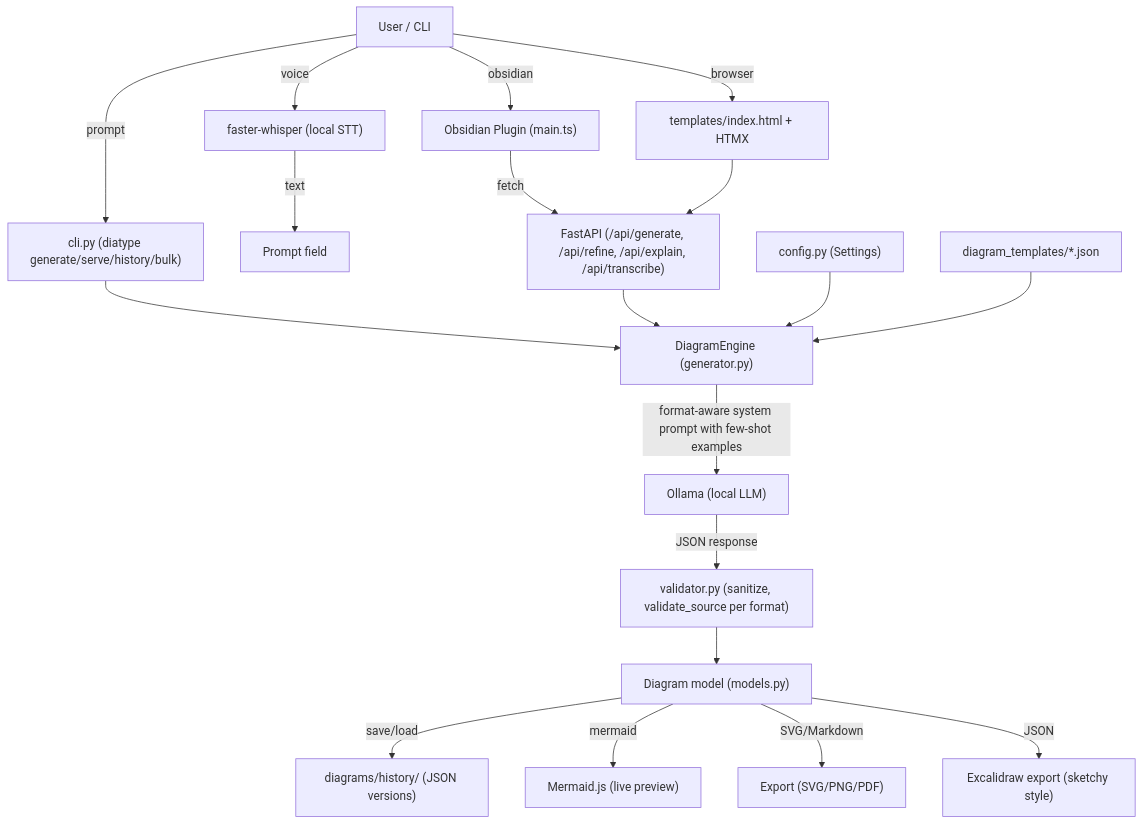
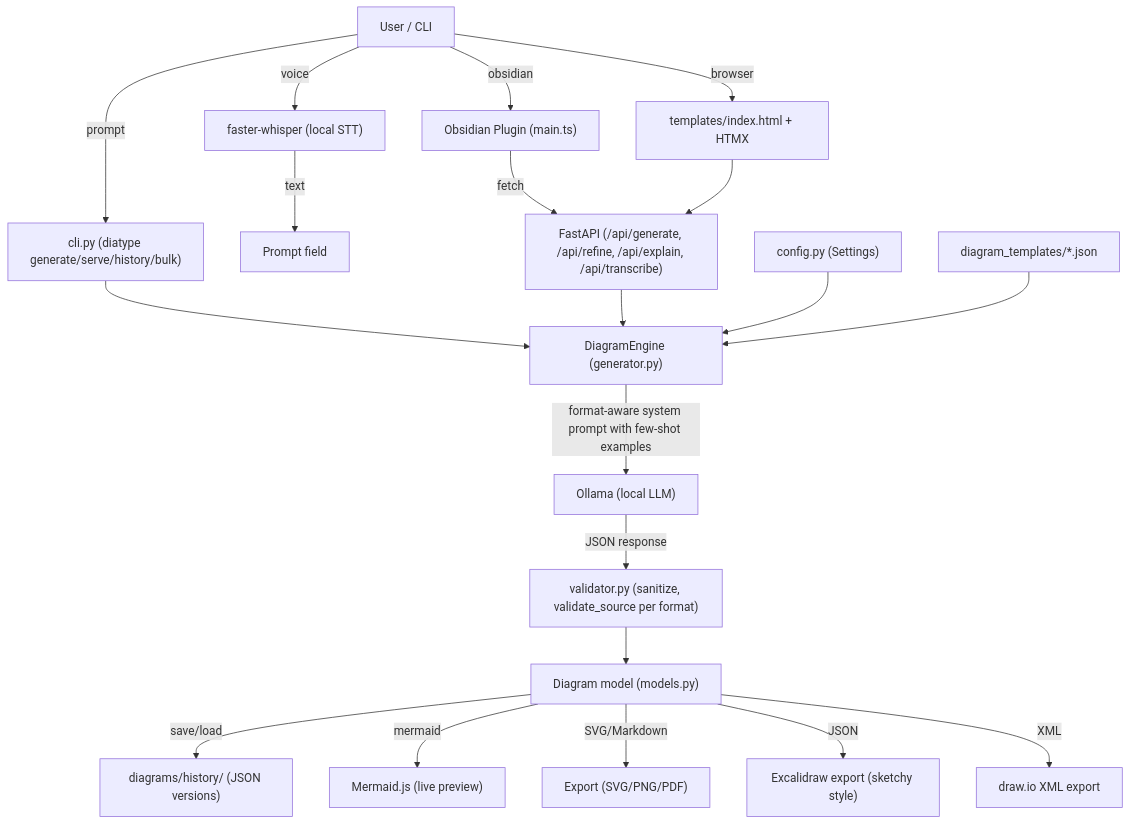
Before and after one commit to ajendras/diatype: the diagram in README.md, drawn with Mermaid. The commit also changed other lines of this file and 4 other files, not shown here.

Commit message:
feat(export): add direct draw.io XML support

````diff
--- a/README.md
+++ b/README.md
@@ -357,21 +370,22 @@
 ```mermaid
 flowchart TD
     User[User / CLI] -->|prompt| CLI["cli.py (diatype generate/serve/history/bulk)"]
     User -->|voice| Whisper["faster-whisper (local STT)"]
     Whisper -->|text| Prompt[Prompt field]
     User -->|browser| UI["templates/index.html + HTMX"]
     User -->|obsidian| Obsidian["Obsidian Plugin (main.ts)"]
     Obsidian -->|fetch| FastAPI["FastAPI (/api/generate)"]
     CLI --> Engine["DiagramEngine (generator.py)"]
     UI --> FastAPI["FastAPI (/api/generate, /api/refine, /api/explain, /api/transcribe)"]
     FastAPI --> Engine
     Engine -->|format-aware system prompt with few-shot examples| Ollama["Ollama (local LLM)"]
     Ollama -->|JSON response| Validator["validator.py (sanitize, validate_source per format)"]
     Validator --> Diagram["Diagram model (models.py)"]
     Diagram -->|save/load| History["diagrams/history/ (JSON versions)"]
     Diagram -->|mermaid| Renderer["Mermaid.js (live preview)"]
     Diagram -->|SVG/Markdown| Export["Export (SVG/PNG/PDF)"]
     Diagram -->|JSON| Excalidraw["Excalidraw export (sketchy style)"]
+    Diagram -->|XML| DrawIO["draw.io XML export"]
     Config["config.py (Settings)"] --> Engine
     Templates["diagram_templates/*.json"] --> Engine
 ```
````
